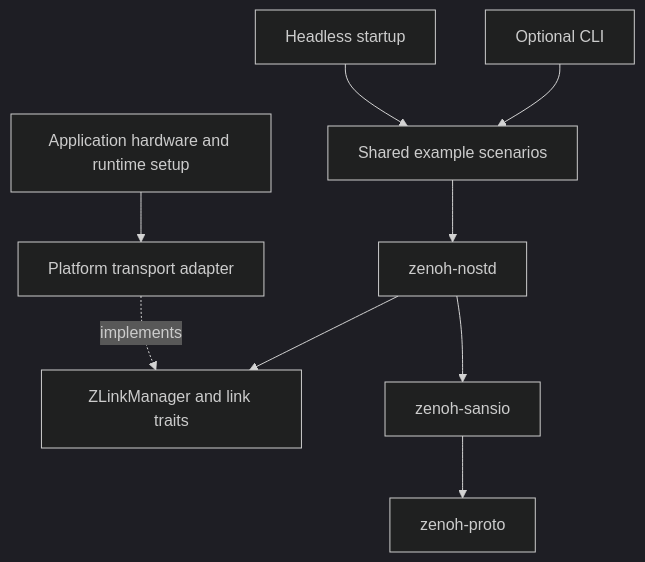
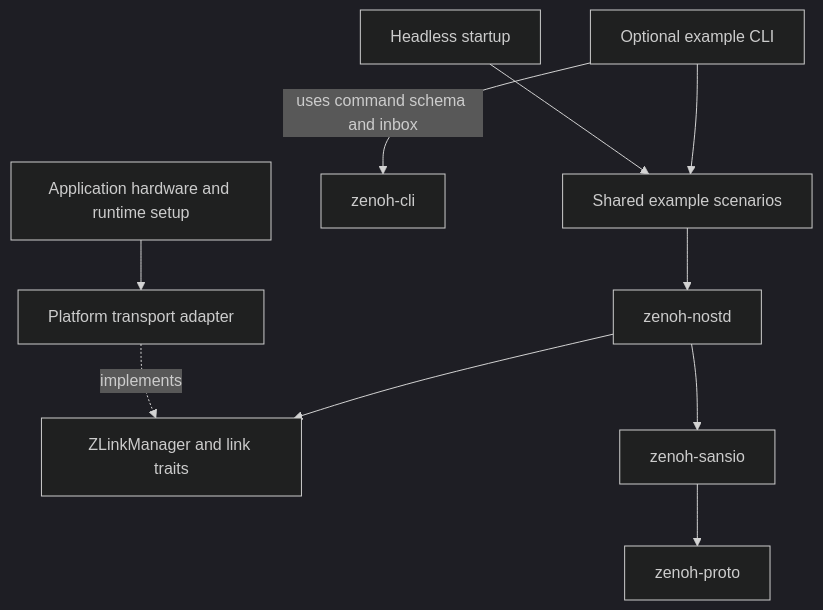
One commit to eclipse-zenoh/zenoh-nostd changed the diagram in docs/architecture.md. Above: the diagram before and after it, drawn with Mermaid (dark theme). The commit also changed other lines of this file and 11 other files, not shown here.

Commit message:
test(cli): remove redundant command dispatch table

````diff
--- a/docs/architecture.md
+++ b/docs/architecture.md
@@ -25,11 +26,12 @@
 ```mermaid
 flowchart TD
-    CLI[Optional CLI] --> Scenarios[Shared example scenarios]
+    CLI[Optional example CLI] --> Scenarios[Shared example scenarios]
+    CLI -->|uses command schema and inbox| CliCrate[zenoh-cli]
     Startup[Headless startup] --> Scenarios
     Scenarios --> Session[zenoh-nostd]
     App[Application hardware and runtime setup] --> Adapter[Platform transport adapter]
     Session --> Traits[ZLinkManager and link traits]
     Adapter -. implements .-> Traits
     Session --> SansIO[zenoh-sansio]
     SansIO --> Proto[zenoh-proto]
 ```
````
